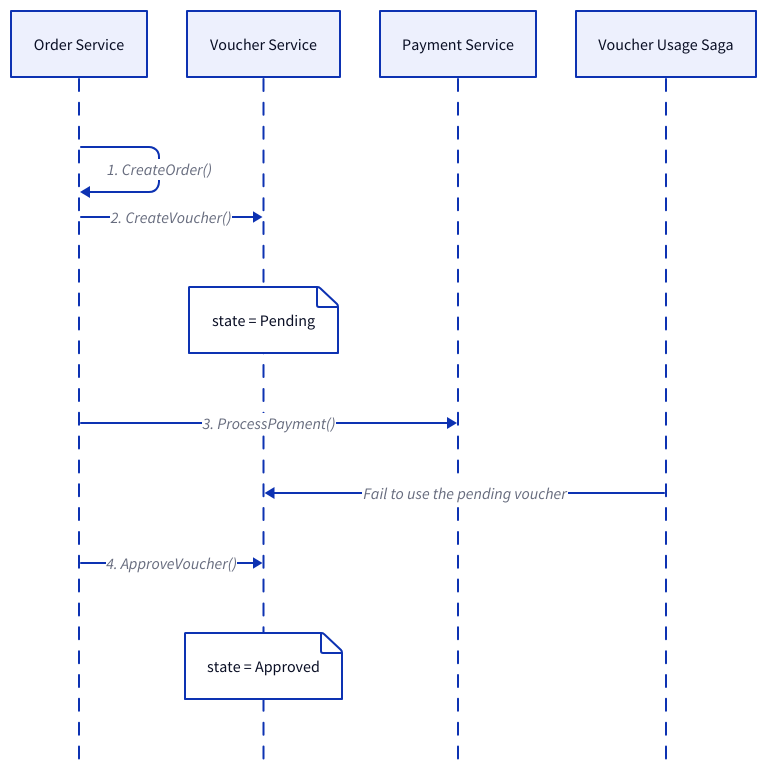
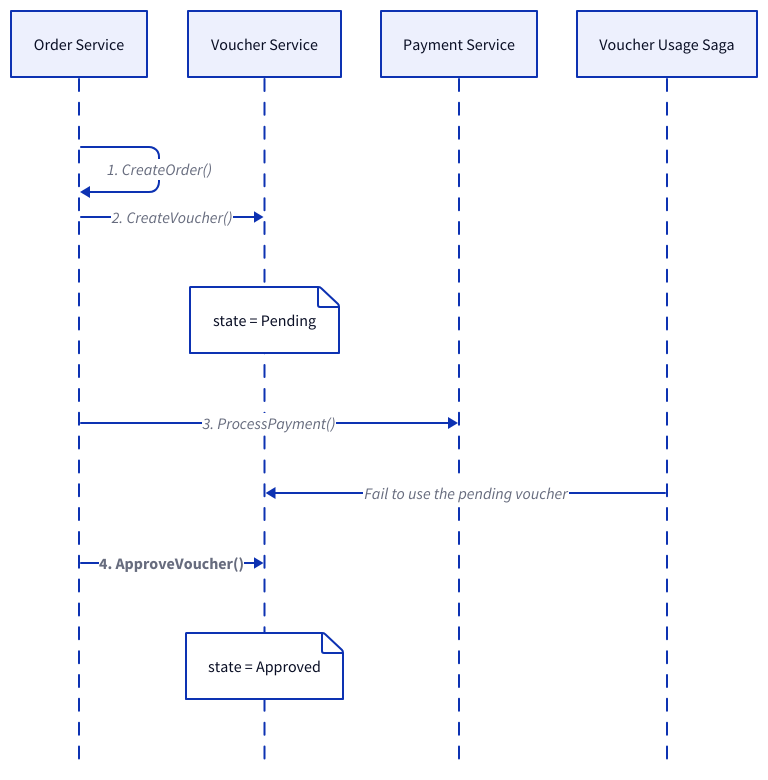
One commit to link1905/system-design-101 changed diagram 13 of 21 in content/docs/design-patterns/distributed-transaction/compensation-protocols.md. Above: the diagram before and after it, drawn with D2. The commit also changed other lines of this file and 12 other files, not shown here.

````diff
--- a/content/docs/design-patterns/distributed-transaction/compensation-protocols.md
+++ b/content/docs/design-patterns/distributed-transaction/compensation-protocols.md
@@ -558,22 +562,24 @@
 ```d2
 shape: sequence_diagram
 
 s: Order Service
 v: Voucher Service
 p: Payment Service
 vs: Voucher Usage Saga
 
 s -> s: "1. CreateOrder()"
 s -> v: "2. CreateVoucher()"
 v {
     "state = Pending"
 }
 s -> p: "3. ProcessPayment()"
 vs -> v: Fail to use the pending voucher {
     class: error-conn
 }
-s -> v: "4. ApproveVoucher()"
+s -> v: "4. ApproveVoucher()" {
+    style.bold: true
+}
 v {
     "state = Approved"
 }
 ```
````
